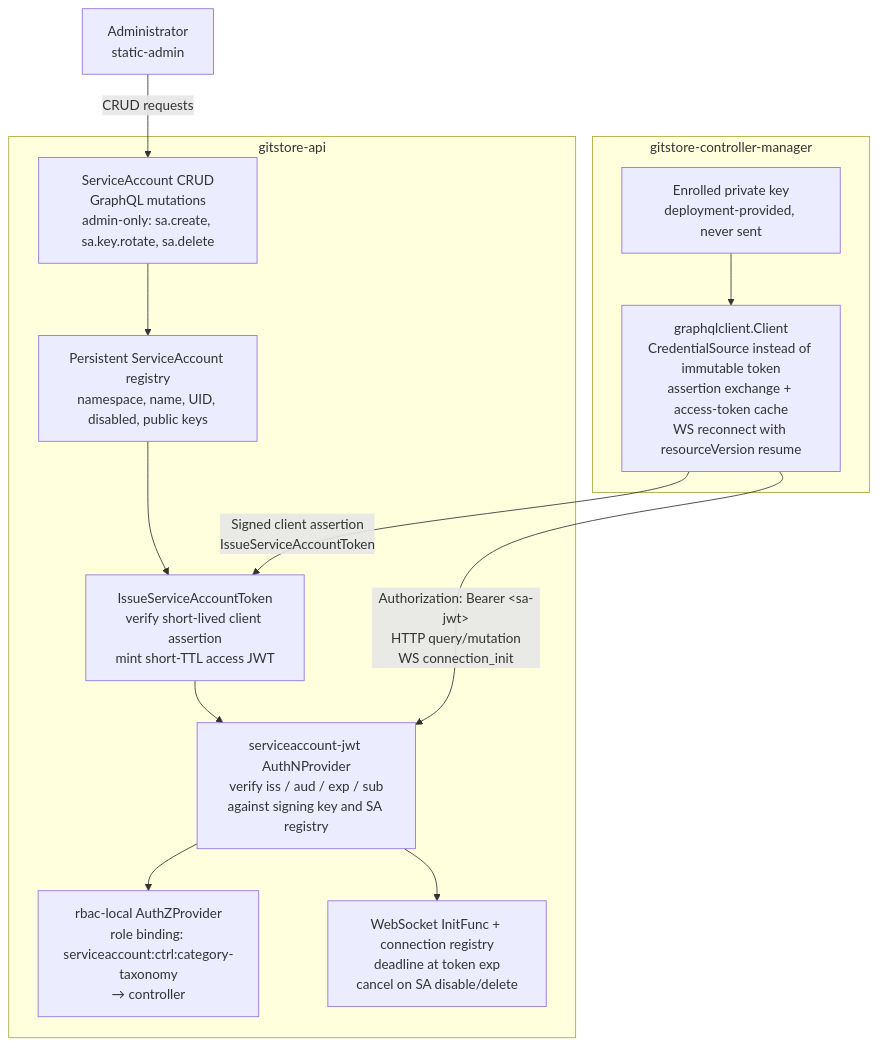
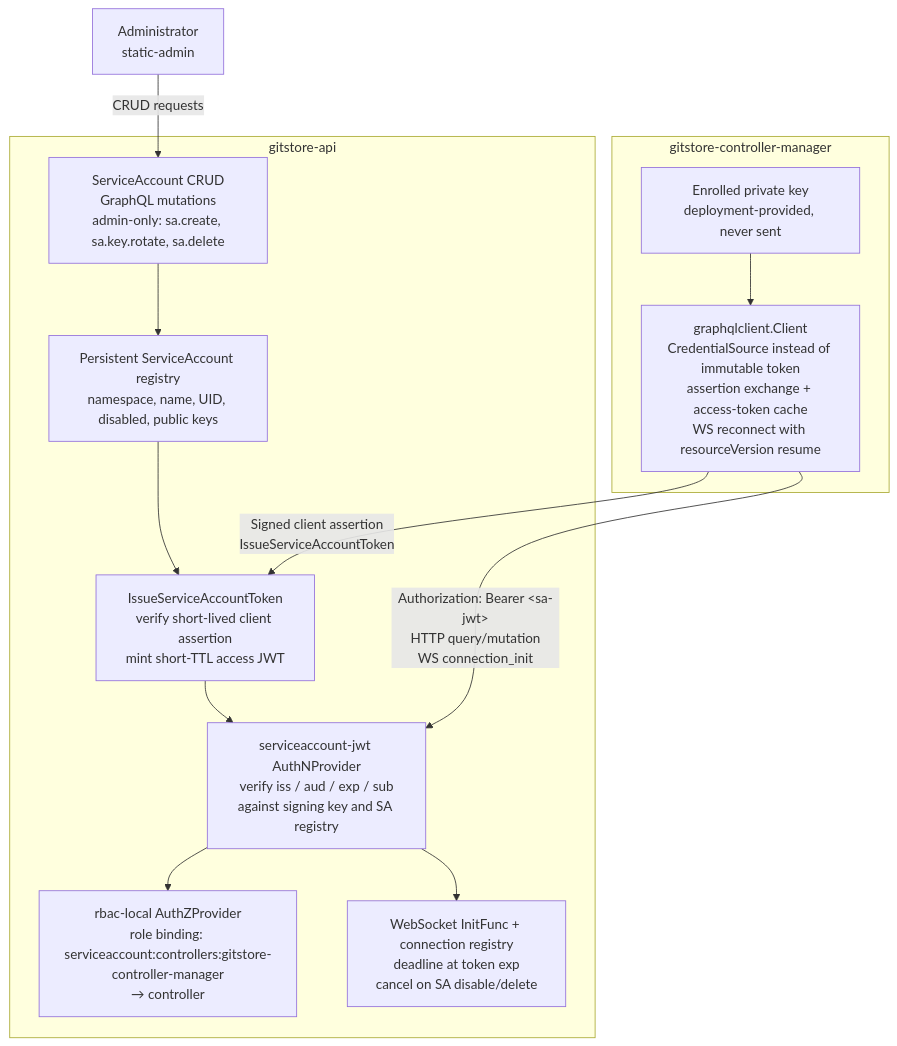
One commit to gitstore-dev/GitStore changed the first of 7 diagrams in docs/implementation/021-controller_service_account_auth.md. Above: the diagram before and after it, drawn with Mermaid. The commit also changed other lines of this file and 112 other files, not shown here.

First line of the commit message:
feat(api): controller-manager service-account authentication (spec 061) (#409)

````diff
--- a/docs/implementation/021-controller_service_account_auth.md
+++ b/docs/implementation/021-controller_service_account_auth.md
@@ -105,25 +105,25 @@
 ```mermaid
 flowchart TB
     subgraph API["gitstore-api"]
         CRUD["ServiceAccount CRUD<br/>GraphQL mutations<br/>admin-only: sa.create, sa.key.rotate, sa.delete"]
         Registry["Persistent ServiceAccount registry<br/>namespace, name, UID, disabled, public keys"]
         Issue["IssueServiceAccountToken<br/>verify short-lived client assertion<br/>mint short-TTL access JWT"]
         AuthN["serviceaccount-jwt AuthNProvider<br/>verify iss / aud / exp / sub<br/>against signing key and SA registry"]
-        AuthZ["rbac-local AuthZProvider<br/>role binding: serviceaccount:ctrl:category-taxonomy<br/>→ controller"]
+        AuthZ["rbac-local AuthZProvider<br/>role binding: serviceaccount:controllers:gitstore-controller-manager<br/>→ controller"]
         WS["WebSocket InitFunc + connection registry<br/>deadline at token exp<br/>cancel on SA disable/delete"]
 
         CRUD --> Registry --> Issue --> AuthN --> AuthZ
         AuthN --> WS
     end
 
     Admin["Administrator<br/>static-admin"] -->|"CRUD requests"| CRUD
 
     subgraph CM["gitstore-controller-manager"]
         Key["Enrolled private key<br/>deployment-provided, never sent"]
         Client["graphqlclient.Client<br/>CredentialSource instead of immutable token<br/>assertion exchange + access-token cache<br/>WS reconnect with resourceVersion resume"]
         Key --> Client
     end
 
     Client -->|"Signed client assertion<br/>IssueServiceAccountToken"| Issue
     Client -->|"Authorization: Bearer &lt;sa-jwt&gt;<br/>HTTP query/mutation<br/>WS connection_init"| AuthN
 ```
````
